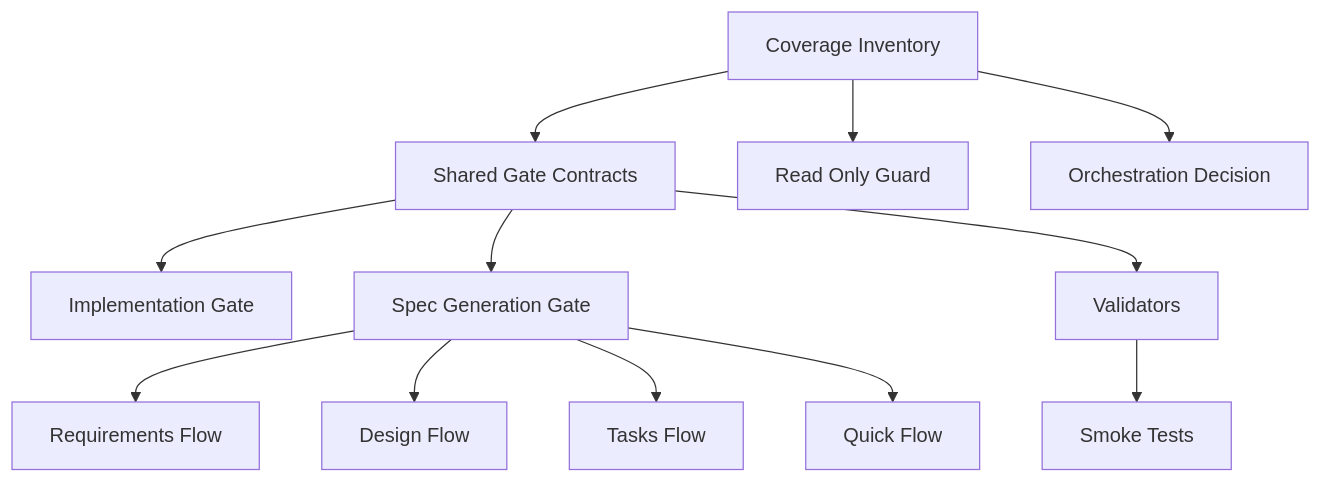
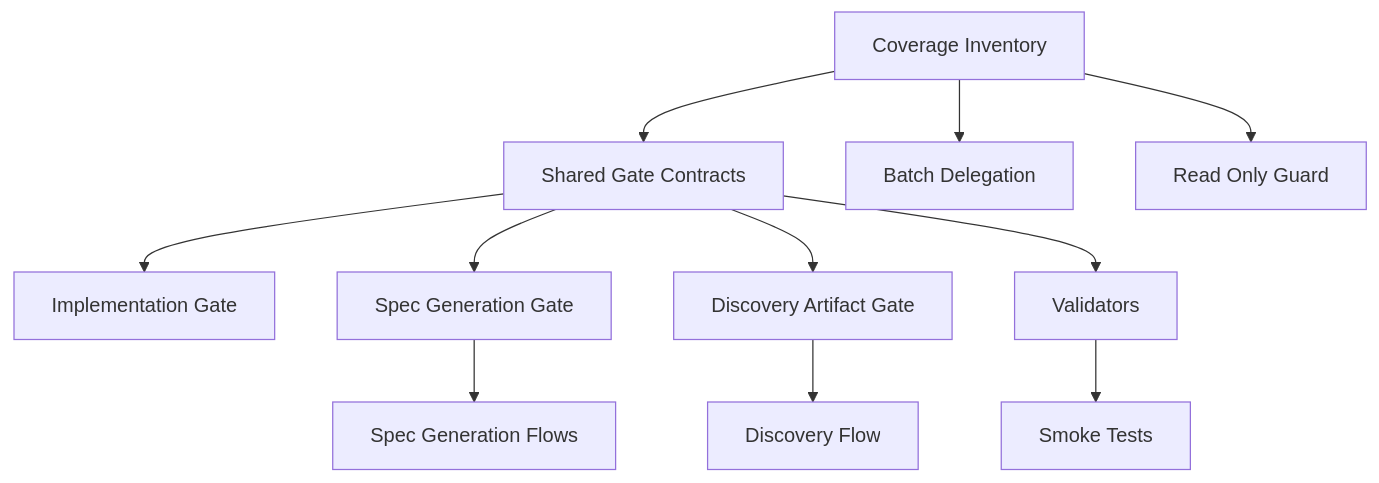
One commit to j5ik2o/takt-sdd changed the first of 4 diagrams in .kiro/specs/kiro-ai-quality-gate-workflow-coverage/design.md. Above: the diagram before and after it, drawn with Mermaid. The commit also changed other lines of this file and 23 other files, not shown here.

Commit message:
feat(kiro): add discovery AI quality gate

````diff
--- a/.kiro/specs/kiro-ai-quality-gate-workflow-coverage/design.md
+++ b/.kiro/specs/kiro-ai-quality-gate-workflow-coverage/design.md
@@ -73,14 +81,13 @@
 ```mermaid
 graph TB
     Inventory[Coverage Inventory] --> SharedContracts[Shared Gate Contracts]
     SharedContracts --> ImplGate[Implementation Gate]
     SharedContracts --> SpecGate[Spec Generation Gate]
-    SpecGate --> RequirementsFlow[Requirements Flow]
-    SpecGate --> DesignFlow[Design Flow]
-    SpecGate --> TasksFlow[Tasks Flow]
-    SpecGate --> QuickFlow[Quick Flow]
+    SharedContracts --> DiscoveryGate[Discovery Artifact Gate]
+    SpecGate --> SpecFlows[Spec Generation Flows]
+    DiscoveryGate --> DiscoveryFlow[Discovery Flow]
+    Inventory --> BatchDelegation[Batch Delegation]
     Inventory --> ReadOnlyGuard[Read Only Guard]
-    Inventory --> OrchestrationDecision[Orchestration Decision]
     SharedContracts --> Validators[Validators]
     Validators --> SmokeTests[Smoke Tests]
 ```
````
